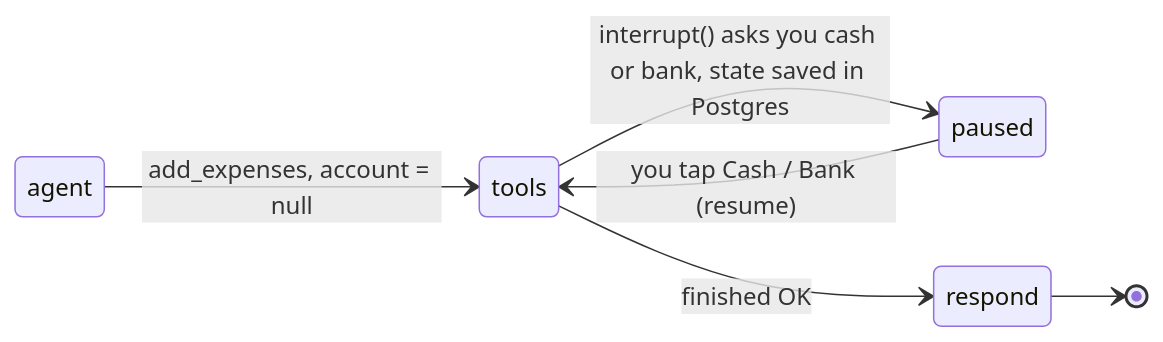
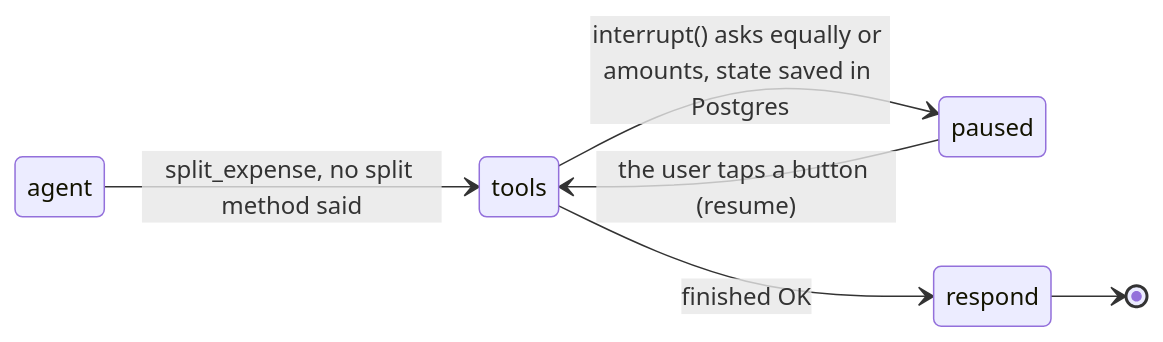
The sixth of 6 diagrams in docs/STATE_GRAPH.md (yeturu-surya-fission/Expense_Tracker), drawn with Mermaid before and after one commit. The commit also changed other lines of this file and 3 other files, not shown here.

Commit message:
state diagram added

````diff
--- a/docs/STATE_GRAPH.md
+++ b/docs/STATE_GRAPH.md
@@ -182,9 +167,9 @@
 ```mermaid
 stateDiagram-v2
     direction LR
-    agent --> tools : add_expenses, account = null
-    tools --> paused : interrupt() asks you cash or bank, state saved in Postgres
-    paused --> tools : you tap Cash / Bank (resume)
+    agent --> tools : split_expense, no split method said
+    tools --> paused : interrupt() asks equally or amounts, state saved in Postgres
+    paused --> tools : the user taps a button (resume)
     tools --> respond : finished OK
     respond --> [*]
 ```
````
